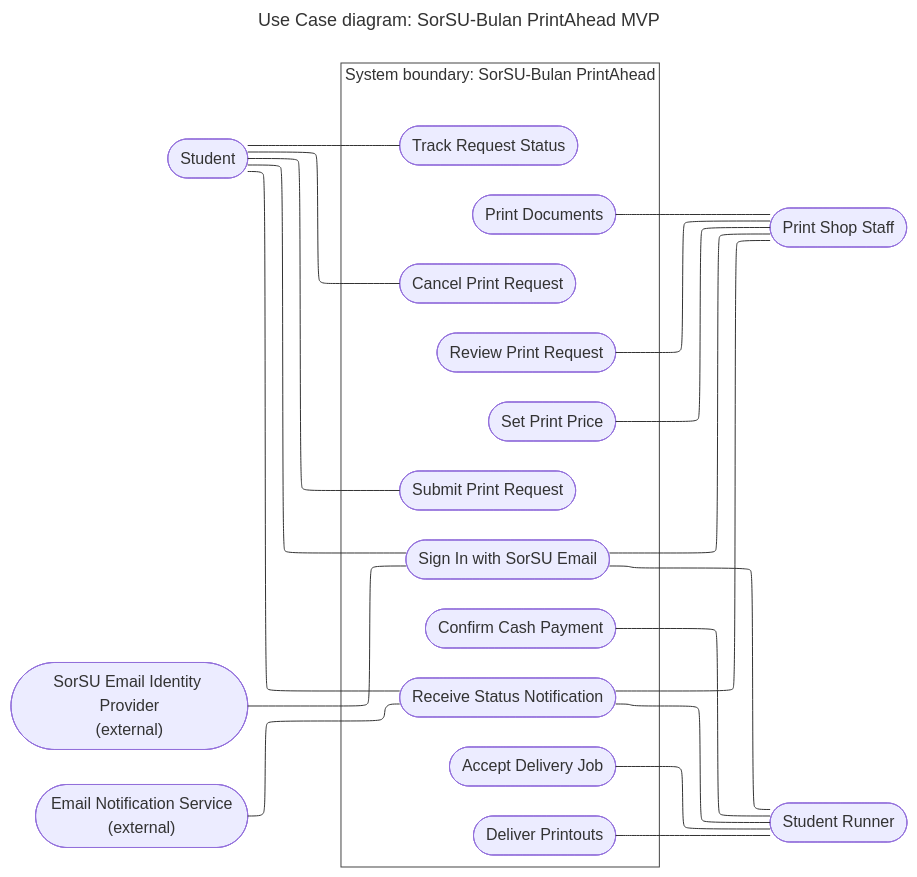
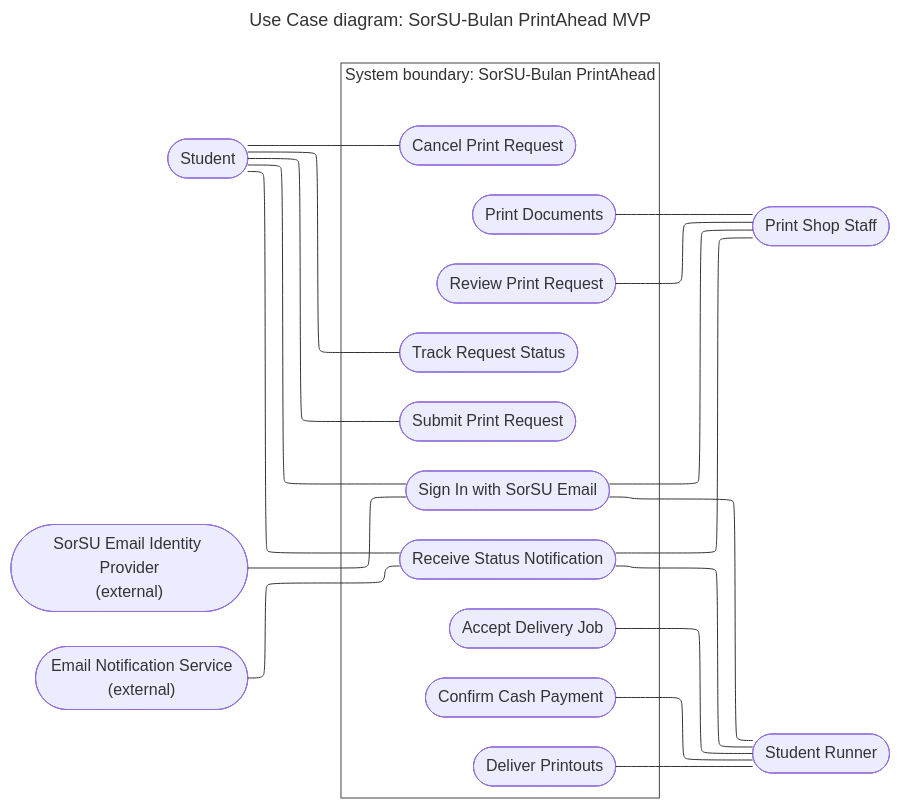
Before and after one commit to janngani/3j-sandP: the diagram in architecture/use-cases.md, drawn with Mermaid.

````diff
--- a/architecture/use-cases.md
+++ b/architecture/use-cases.md
@@ -7,49 +7,47 @@
 ```mermaid
 ---
 title: "Use Case diagram: SorSU-Bulan PrintAhead MVP"
 config:
   flowchart:
     defaultRenderer: elk
 ---
 flowchart LR
   student(["Student"])
   idp(["SorSU Email Identity Provider<br/>(external)"])
   mail(["Email Notification Service<br/>(external)"])
   staff(["Print Shop Staff"])
   runner(["Student Runner"])
 
   subgraph SYS["System boundary: SorSU-Bulan PrintAhead"]
     direction TB
     UC2(["Submit Print Request"])
     UC3(["Track Request Status"])
     UC4(["Cancel Print Request"])
     UC1(["Sign In with SorSU Email"])
     UC5(["Receive Status Notification"])
     UC6(["Review Print Request"])
-    UC7(["Set Print Price"])
-    UC8(["Print Documents"])
-    UC9(["Accept Delivery Job"])
-    UC10(["Deliver Printouts"])
-    UC11(["Confirm Cash Payment"])
+    UC7(["Print Documents"])
+    UC8(["Accept Delivery Job"])
+    UC9(["Deliver Printouts"])
+    UC10(["Confirm Cash Payment"])
   end
 
   student --- UC1
   student --- UC2
   student --- UC3
   student --- UC4
   student --- UC5
   idp --- UC1
   mail --- UC5
   UC1 --- staff
   UC5 --- staff
   UC6 --- staff
   UC7 --- staff
-  UC8 --- staff
   UC1 --- runner
   UC5 --- runner
+  UC8 --- runner
   UC9 --- runner
   UC10 --- runner
-  UC11 --- runner
 
   style SYS fill:#ffffff,stroke:#444444
 ```
````
